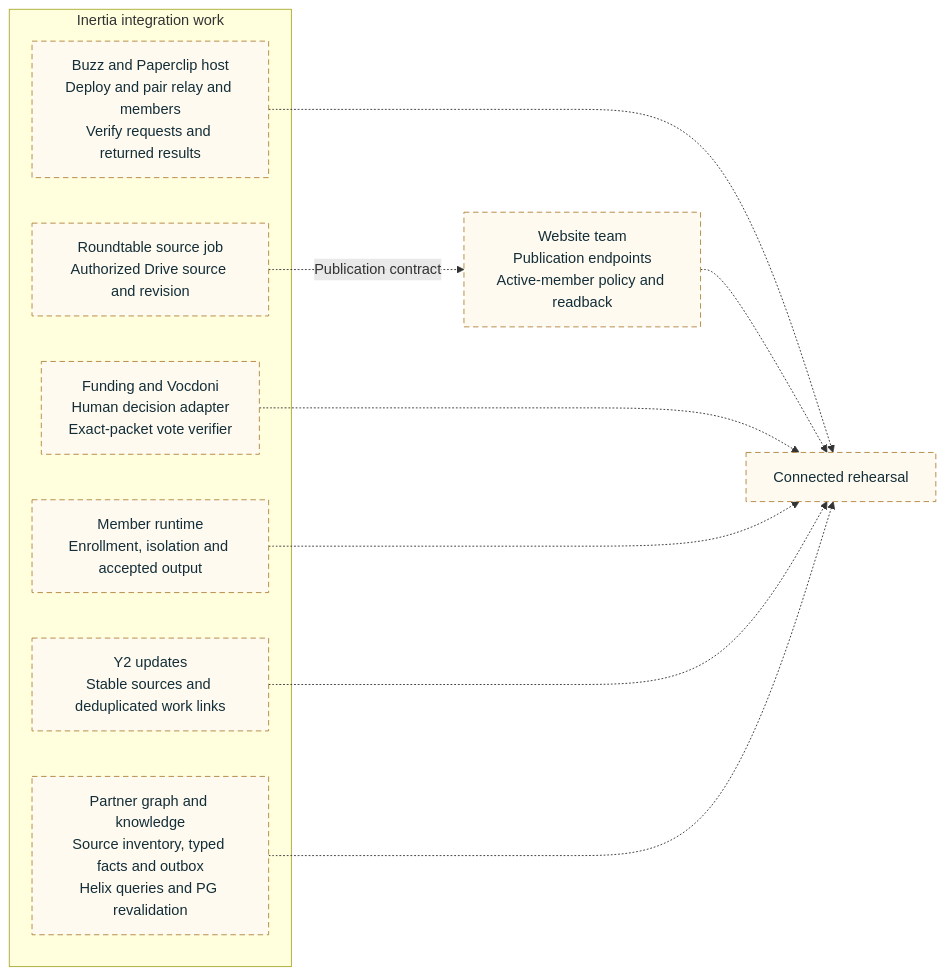
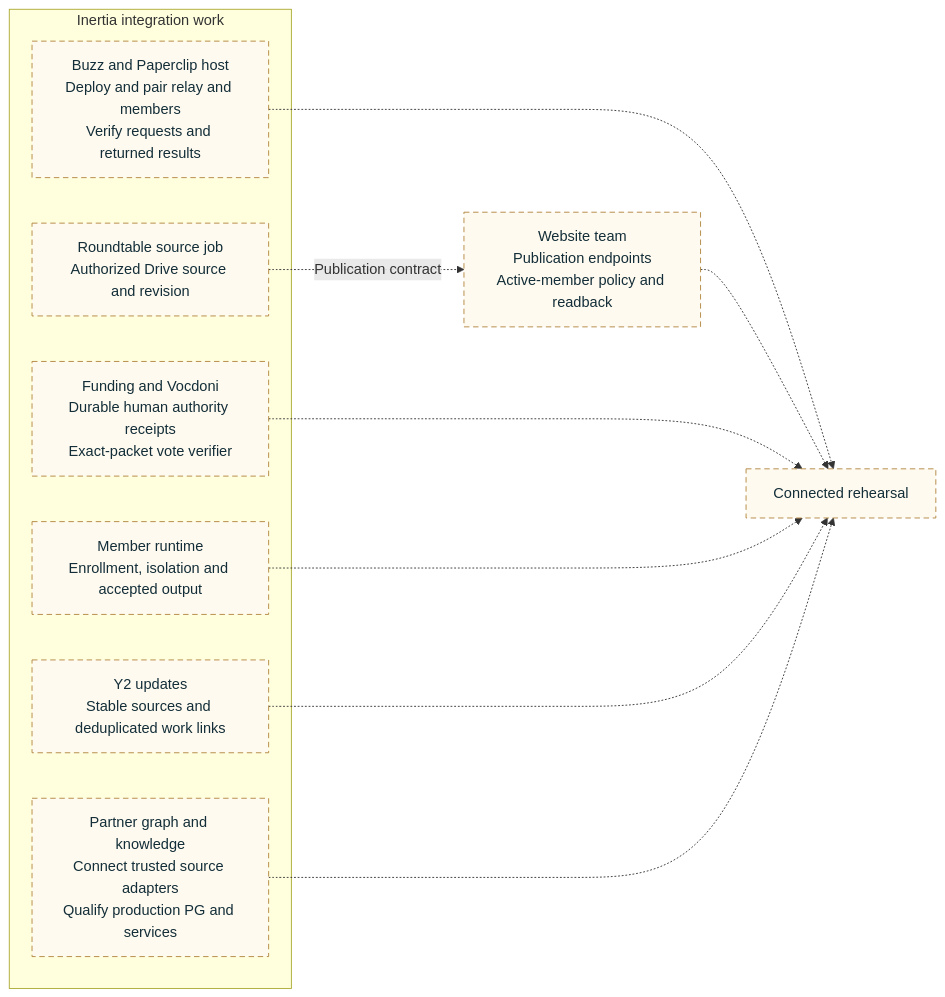
Before and after one commit to NetRxn/Inertia: the diagram in docs/architecture/diagrams/dependency-roadmap.mmd, drawn with Mermaid. The commit also changed 27 other files, not shown here.

Commit message:
docs: synchronize architecture and funding delivery status

```diff
--- a/docs/architecture/diagrams/dependency-roadmap.mmd
+++ b/docs/architecture/diagrams/dependency-roadmap.mmd
@@ -1,23 +1,23 @@
 flowchart LR
  subgraph Inertia[Inertia integration work]
  B["Buzz and Paperclip host<br/>Deploy and pair relay and members<br/>Verify requests and returned results"]
  R["Roundtable source job<br/>Authorized Drive source and revision"]
- G["Funding and Vocdoni<br/>Human decision adapter<br/>Exact-packet vote verifier"]
+ G["Funding and Vocdoni<br/>Durable human authority receipts<br/>Exact-packet vote verifier"]
  C["Member runtime<br/>Enrollment, isolation and accepted output"]
  Y["Y2 updates<br/>Stable sources and deduplicated work links"]
- K["Partner graph and knowledge<br/>Source inventory, typed facts and outbox<br/>Helix queries and PG revalidation"]
+ K["Partner graph and knowledge<br/>Connect trusted source adapters<br/>Qualify production PG and services"]
  end
  W["Website team<br/>Publication endpoints<br/>Active-member policy and readback"]
  R -.->|Publication contract| W
  B -.-> DEMO["Connected rehearsal"]
  W -.-> DEMO
  G -.-> DEMO
  C -.-> DEMO
  Y -.-> DEMO
  K -.-> DEMO
  class B,R,G,C,Y,K,W,DEMO planned
 
  classDef core fill:#e7f1ee,stroke:#157d80,color:#132e38,stroke-width:2px
  classDef planned fill:#fffaf0,stroke:#b1853e,color:#132e38,stroke-dasharray:6 4
  classDef reviewed fill:#f5f0ff,stroke:#8064a2,color:#132e38
  classDef store fill:#edf2f7,stroke:#61788b,color:#132e38
```
